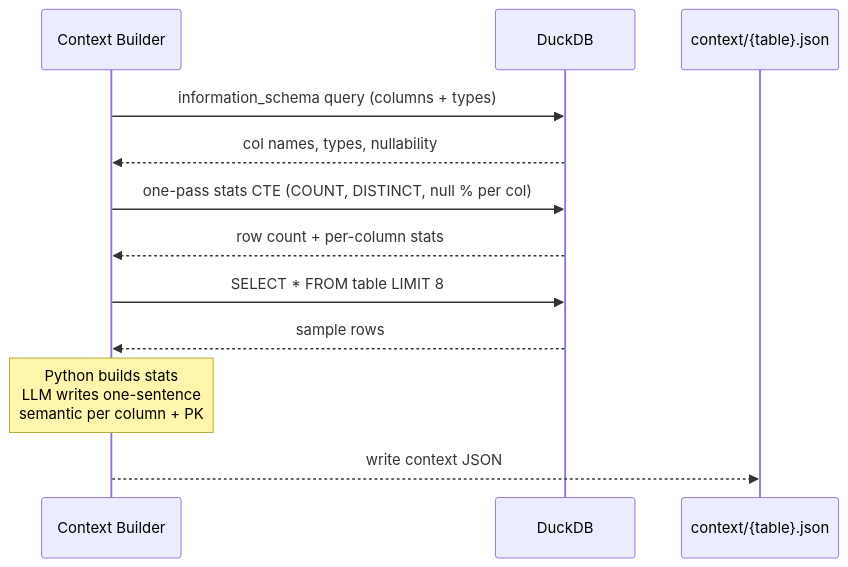
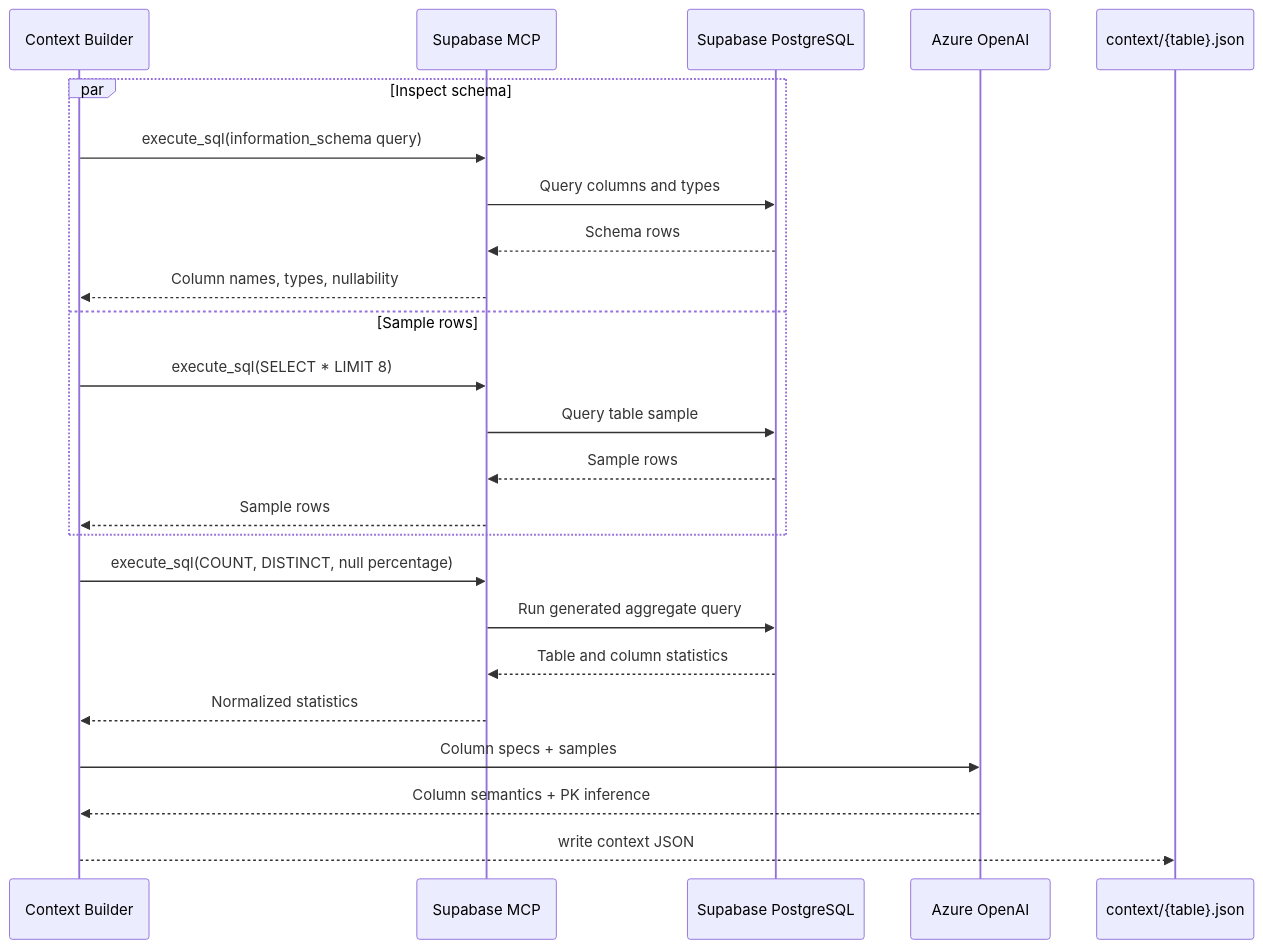
The third of 5 diagrams in README.md (devangsharma-igna/csv-agent), drawn with Mermaid before and after one commit. The commit also changed other lines of this file, not shown here.

Commit message:
diagram synched to application

````diff
--- a/README.md
+++ b/README.md
@@ -110,15 +112,27 @@
 ```mermaid
 sequenceDiagram
     participant CB as Context Builder
-    participant DDB as DuckDB
+    participant MCP as Supabase MCP
+    participant PG as Supabase PostgreSQL
+    participant AOAI as Azure OpenAI
     participant FS as context/{table}.json
 
-    CB->>DDB: information_schema query (columns + types)
-    DDB-->>CB: col names, types, nullability
-    CB->>DDB: one-pass stats CTE (COUNT, DISTINCT, null % per col)
-    DDB-->>CB: row count + per-column stats
-    CB->>DDB: SELECT * FROM table LIMIT 8
-    DDB-->>CB: sample rows
-    Note over CB: Python builds stats<br/>LLM writes one-sentence<br/>semantic per column + PK
+    par Inspect schema
+        CB->>MCP: execute_sql(information_schema query)
+        MCP->>PG: Query columns and types
+        PG-->>MCP: Schema rows
+        MCP-->>CB: Column names, types, nullability
+    and Sample rows
+        CB->>MCP: execute_sql(SELECT * LIMIT 8)
+        MCP->>PG: Query table sample
+        PG-->>MCP: Sample rows
+        MCP-->>CB: Sample rows
+    end
+    CB->>MCP: execute_sql(COUNT, DISTINCT, null percentage)
+    MCP->>PG: Run generated aggregate query
+    PG-->>MCP: Table and column statistics
+    MCP-->>CB: Normalized statistics
+    CB->>AOAI: Column specs + samples
+    AOAI-->>CB: Column semantics + PK inference
     CB-->>FS: write context JSON
 ```
````
